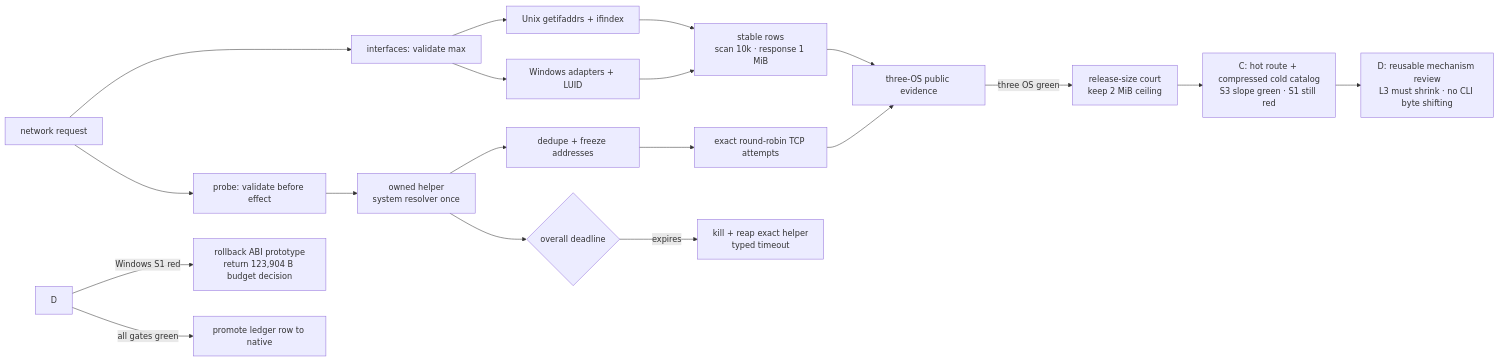
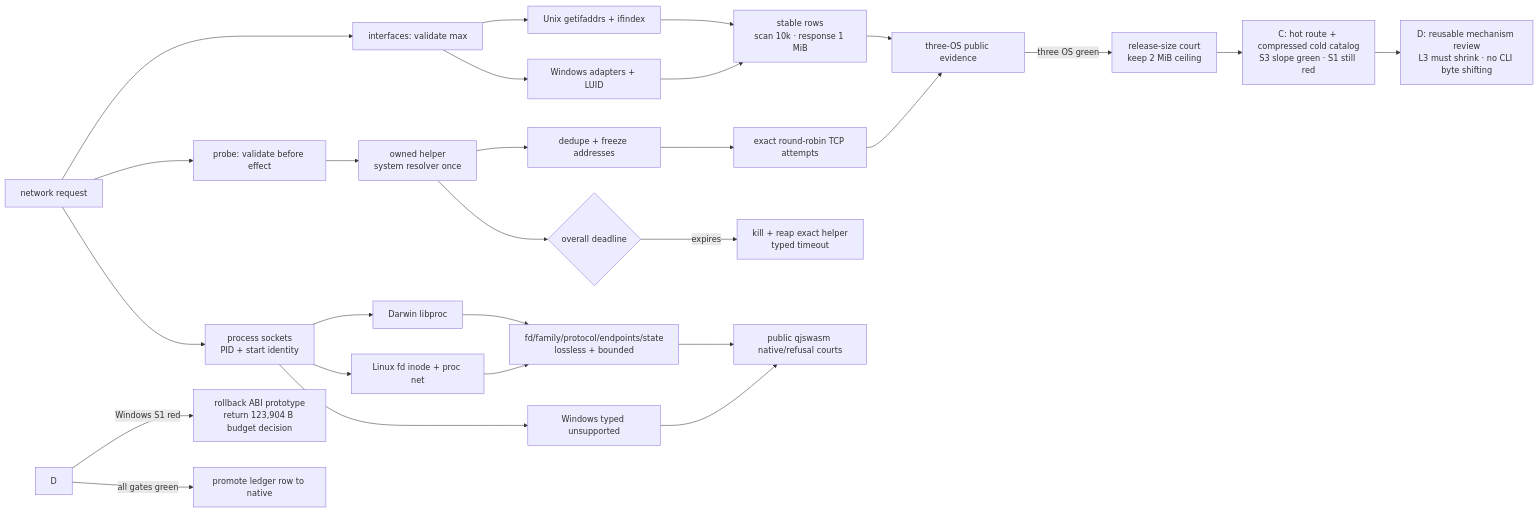
One commit to partnernetsoftware/agenterm changed the fifth of 5 diagrams in prd/PRD_02_28_agenterm_cu.md. Above: the diagram before and after it, drawn with Mermaid. The commit also changed other lines of this file and 19 other files, not shown here.

Commit message:
cu: inspect exact process sockets

````diff
--- a/prd/PRD_02_28_agenterm_cu.md
+++ b/prd/PRD_02_28_agenterm_cu.md
@@ -979,18 +994,21 @@
 ```mermaid
 flowchart LR
-  N["network request"] --> I["interfaces: validate max"] & A["probe: validate before effect"]
+  N["network request"] --> I["interfaces: validate max"] & A["probe: validate before effect"] & PS["process sockets<br/>PID + start identity"]
   I --> U["Unix getifaddrs + ifindex"] & W["Windows adapters + LUID"]
   U & W --> S["stable rows<br/>scan 10k · response 1 MiB"]
   S --> E["three-OS public evidence"]
   A --> H["owned helper<br/>system resolver once"]
   H --> F["dedupe + freeze addresses"]
   F --> T["exact round-robin TCP attempts"]
+  PS --> PM["Darwin libproc"] & PL["Linux fd inode + proc net"] & PW["Windows typed unsupported"]
+  PM & PL --> PJ["fd/family/protocol/endpoints/state<br/>lossless + bounded"]
+  PJ & PW --> PE["public qjswasm native/refusal courts"]
   H --> DL{"overall deadline"}
   DL -->|expires| K["kill + reap exact helper<br/>typed timeout"]
   T --> E
   E -->|three OS green| B["release-size court<br/>keep 2 MiB ceiling"]
   B --> C["C: hot route + compressed cold catalog<br/>S3 slope green · S1 still red"]
   C --> MR["D: reusable mechanism review<br/>L3 must shrink · no CLI byte shifting"]
   D -->|Windows S1 red| R["rollback ABI prototype<br/>return 123,904 B budget decision"]
   D -->|all gates green| P["promote ledger row to native"]
 ```
````
